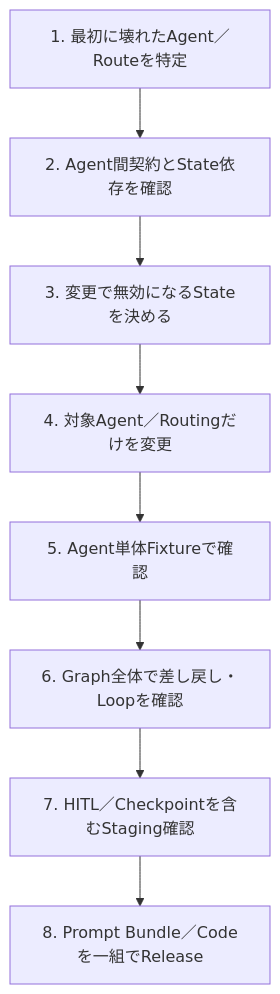
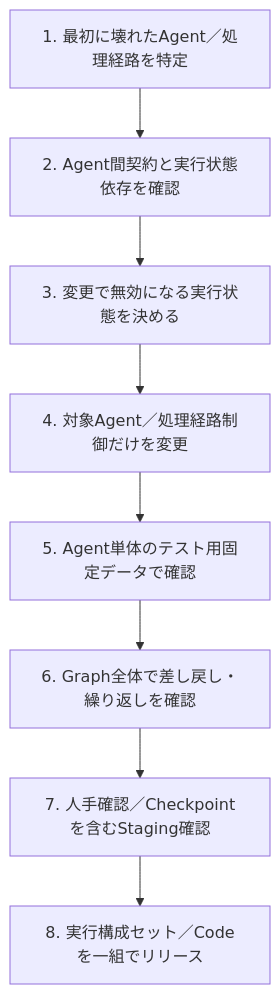
One commit to junTaniguchi/llm_ops changed the sixth of 18 diagrams in 技術レポート作成マルチエージェント_完成版.md. Above: the diagram before and after it, drawn with Mermaid. The commit also changed other lines of this file, not shown here.

````diff
--- a/技術レポート作成マルチエージェント_完成版.md
+++ b/技術レポート作成マルチエージェント_完成版.md
@@ -299,10 +350,10 @@
 ```mermaid
 flowchart TD
-    C["1. 最初に壊れたAgent／Routeを特定"] --> K["2. Agent間契約とState依存を確認"]
-    K --> I["3. 変更で無効になるStateを決める"]
-    I --> U["4. 対象Agent／Routingだけを変更"]
-    U --> A["5. Agent単体Fixtureで確認"]
-    A --> G["6. Graph全体で差し戻し・Loopを確認"]
-    G --> H["7. HITL／Checkpointを含むStaging確認"]
-    H --> B["8. Prompt Bundle／Codeを一組でRelease"]
+    C["1. 最初に壊れたAgent／処理経路を特定"] --> K["2. Agent間契約と実行状態依存を確認"]
+    K --> I["3. 変更で無効になる実行状態を決める"]
+    I --> U["4. 対象Agent／処理経路制御だけを変更"]
+    U --> A["5. Agent単体のテスト用固定データで確認"]
+    A --> G["6. Graph全体で差し戻し・繰り返しを確認"]
+    G --> H["7. 人手確認／Checkpointを含むStaging確認"]
+    H --> B["8. 実行構成セット／Codeを一組でリリース"]
 ```
````
